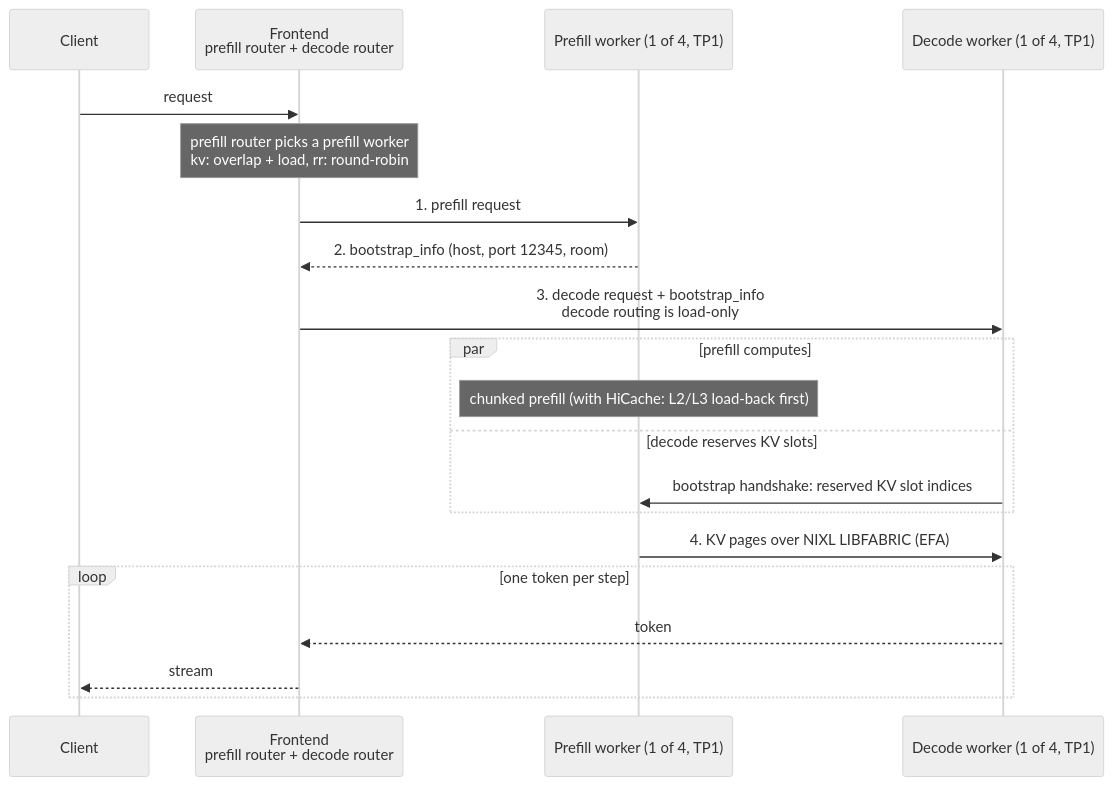
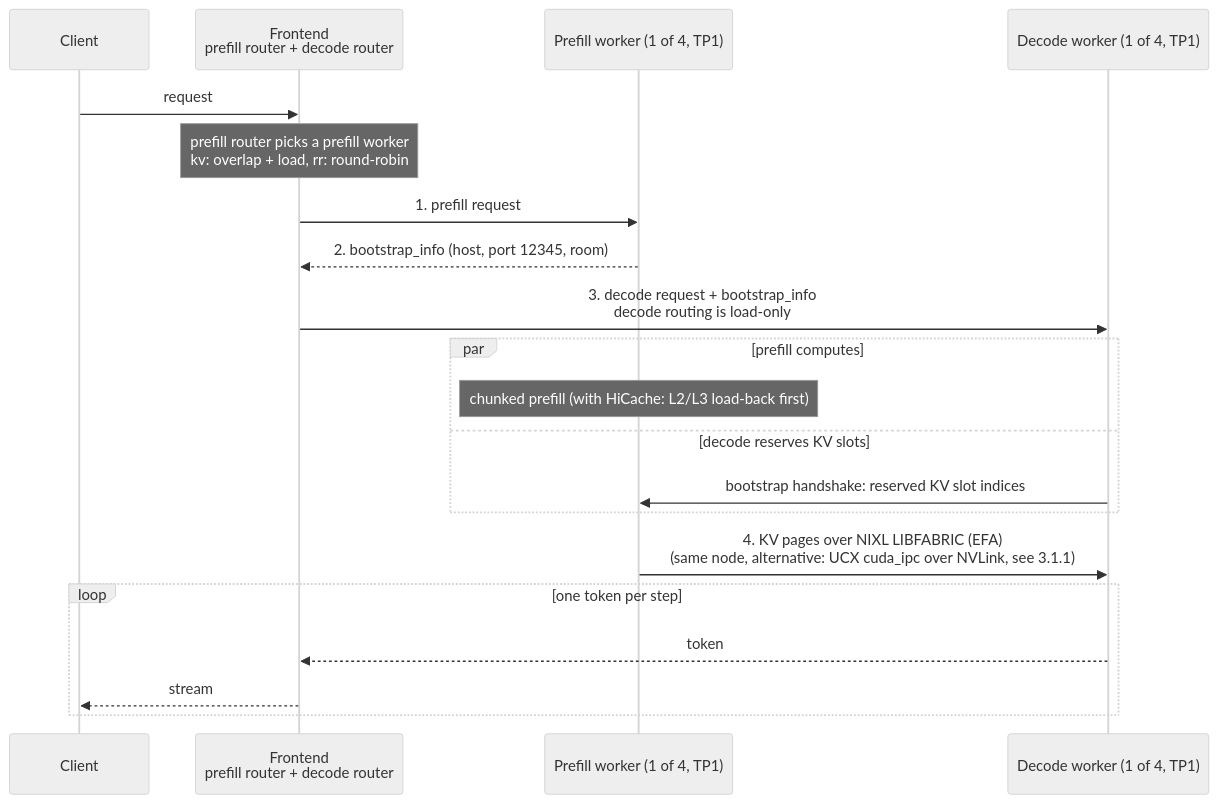
Before and after one commit to aws-samples/sample-optimizing-inference-on-eks-self-hosted-models: the first of 3 diagrams in docs/optimizations/pd-disaggregation/README.md, drawn with Mermaid (neutral theme). The commit also changed other lines of this file and 13 other files, not shown here.

First line of the commit message:
Update README, deploy and troubleshooting docs, PD guide and the reference architecture figure

````diff
--- a/docs/optimizations/pd-disaggregation/README.md
+++ b/docs/optimizations/pd-disaggregation/README.md
@@ -39,23 +39,23 @@
 ```mermaid
 sequenceDiagram
   participant C as Client
   participant F as Frontend<br/>prefill router + decode router
   participant P as Prefill worker (1 of 4, TP1)
   participant D as Decode worker (1 of 4, TP1)
 
   C->>F: request
   Note over F: prefill router picks a prefill worker<br/>kv: overlap + load, rr: round-robin
   F->>P: 1. prefill request
   P-->>F: 2. bootstrap_info (host, port 12345, room)
   F->>D: 3. decode request + bootstrap_info<br/>decode routing is load-only
   par prefill computes
     Note over P: chunked prefill (with HiCache: L2/L3 load-back first)
   and decode reserves KV slots
     D->>P: bootstrap handshake: reserved KV slot indices
   end
-  P->>D: 4. KV pages over NIXL LIBFABRIC (EFA)
+  P->>D: 4. KV pages over NIXL LIBFABRIC (EFA)<br/>(same node, alternative: UCX cuda_ipc over NVLink, see 3.1.1)
   loop one token per step
     D-->>F: token
     F-->>C: stream
   end
 ```
````
